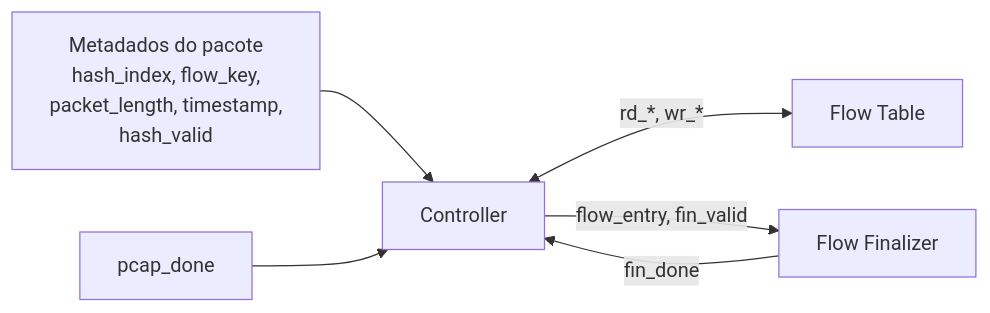
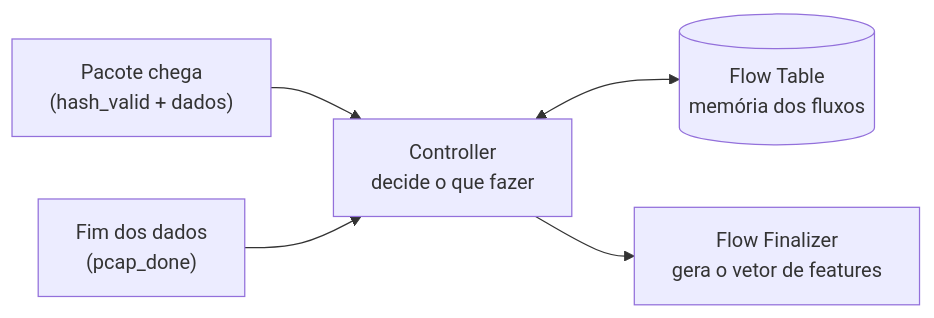
Before and after one commit to cidigital-inatel/sd392-t25s2-group2: the first of 3 diagrams in Especificação/Extracao de Features/Controller_recepcao_documentation.md, drawn with Mermaid. The commit also changed other lines of this file, not shown here.

Commit message:
Update Controller documentation with detailed flowchart and FSM states

````diff
--- a/Especificação/Extracao de Features/Controller_recepcao_documentation.md
+++ b/Especificação/Extracao de Features/Controller_recepcao_documentation.md
@@ -15,8 +15,7 @@
 ```mermaid
 flowchart LR
-    MD["Metadados do pacote<br/>hash_index, flow_key,<br/>packet_length, timestamp,<br/>hash_valid"] --> C[Controller]
-    PD[pcap_done] --> C
-    C <-->|"rd_*, wr_*"| FT[Flow Table]
-    C -->|"flow_entry, fin_valid"| FF[Flow Finalizer]
-    FF -->|fin_done| C
+    A["Pacote chega<br/>(hash_valid + dados)"] --> C["Controller<br/>decide o que fazer"]
+    P["Fim dos dados<br/>(pcap_done)"] --> C
+    C <--> M[("Flow Table<br/>memória dos fluxos")]
+    C --> F["Flow Finalizer<br/>gera o vetor de features"]
 ```
````
